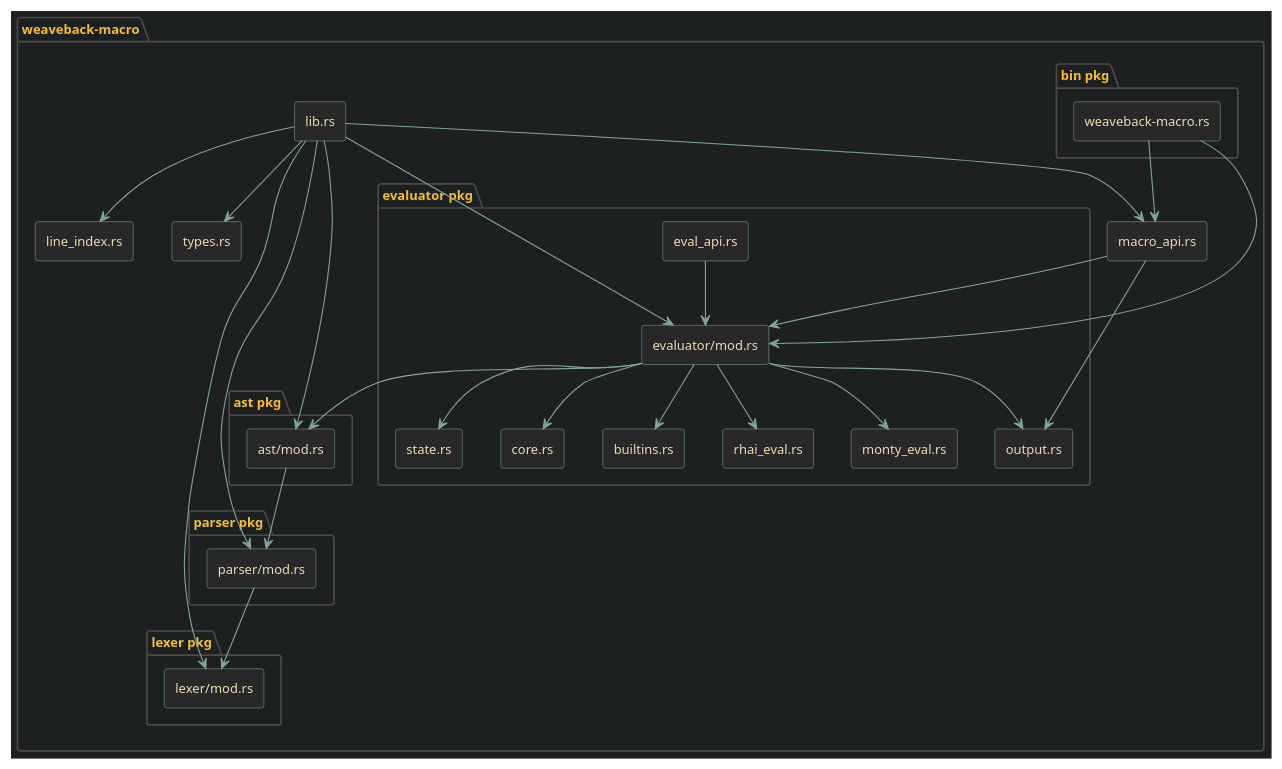
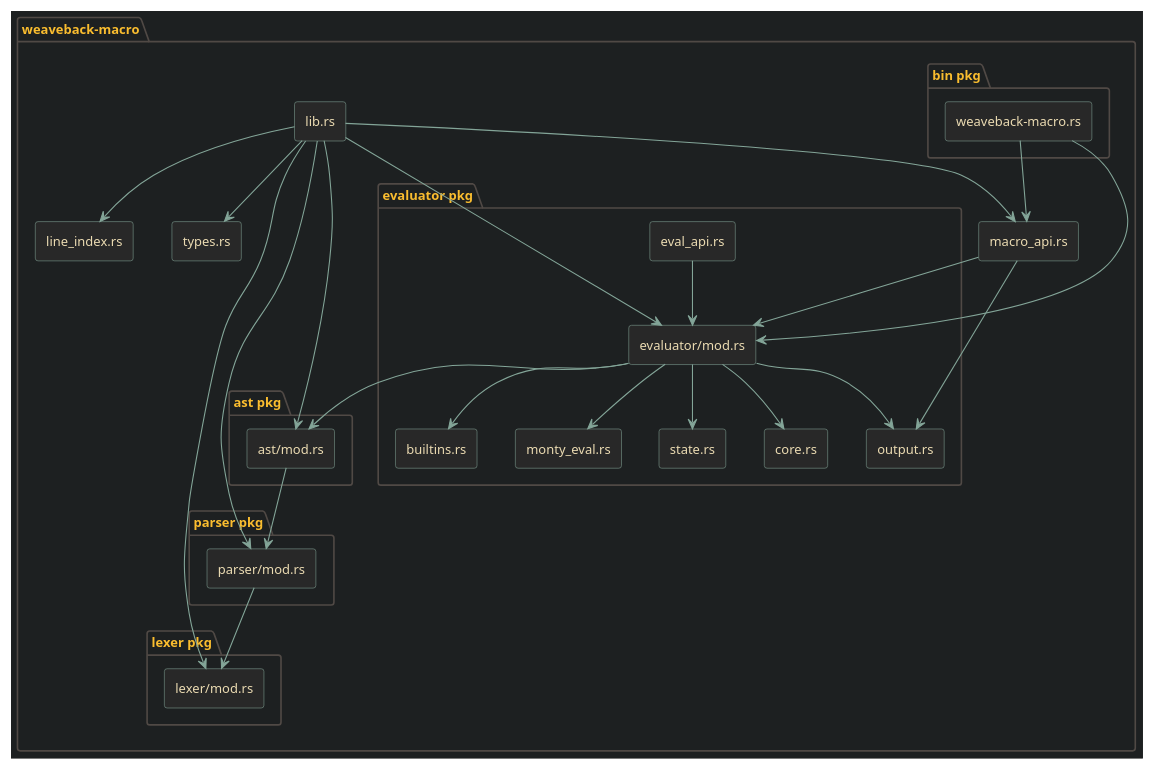
The diagram in crates/weaveback-macro/src/weaveback_macro.adoc (giannifer7/weaveback), drawn with PlantUML before and after one commit. The commit also changed other lines of this file and 45 other files, not shown here.

```diff
--- a/crates/weaveback-macro/src/weaveback_macro.adoc
+++ b/crates/weaveback-macro/src/weaveback_macro.adoc
@@ -15,70 +15,68 @@
 [plantuml,format=svg]
 ----
 @startuml
 skinparam backgroundColor #1d2021
 skinparam defaultFontColor #ebdbb2
 skinparam defaultFontSize 12
 skinparam ArrowColor #83a598
 skinparam ComponentStyle rectangle
 skinparam ComponentBorderColor #83a598
 skinparam ComponentBackgroundColor #282828
 skinparam ComponentFontColor #ebdbb2
 skinparam PackageBorderColor #504945
 skinparam PackageBackgroundColor #1d2021
 skinparam PackageFontColor #fabd2f
 
 package "weaveback-macro" {
   component "lib.rs"        as lib_rs
   component "types.rs"      as types_rs
   component "line_index.rs" as lineindex_rs
 
   package "lexer pkg" as lexer_pkg {
     component "lexer/mod.rs" as lex_rs
   }
   package "parser pkg" as parser_pkg {
     component "parser/mod.rs" as par_rs
   }
   package "ast pkg" as ast_pkg {
     component "ast/mod.rs" as ast_rs
   }
   package "evaluator pkg" as eval_pkg {
     component "evaluator/mod.rs" as eval_rs
     component "core.rs"          as core_rs
     component "state.rs"         as state_rs
     component "output.rs"        as output_rs
     component "builtins.rs"      as builtins_rs
-    component "rhai_eval.rs"     as rhai_rs
     component "monty_eval.rs"    as monty_rs
     component "eval_api.rs"      as eapi_rs
   }
   component "macro_api.rs" as mapi_rs
   package "bin pkg" as bin_pkg {
     component "weaveback-macro.rs" as cli_rs
   }
 }
 
 lib_rs --> types_rs
 lib_rs --> lex_rs
 lib_rs --> par_rs
 lib_rs --> ast_rs
 lib_rs --> eval_rs
 lib_rs --> lineindex_rs
 lib_rs --> mapi_rs
 
 par_rs --> lex_rs
 ast_rs --> par_rs
 eval_rs --> ast_rs
 eval_rs --> state_rs
 eval_rs --> output_rs
 eval_rs --> builtins_rs
-eval_rs --> rhai_rs
 eval_rs --> monty_rs
 eval_rs --> core_rs
 eapi_rs --> eval_rs
 
 mapi_rs --> eval_rs
 mapi_rs --> output_rs
 cli_rs --> mapi_rs
 cli_rs --> eval_rs
 @enduml
 ----
```
